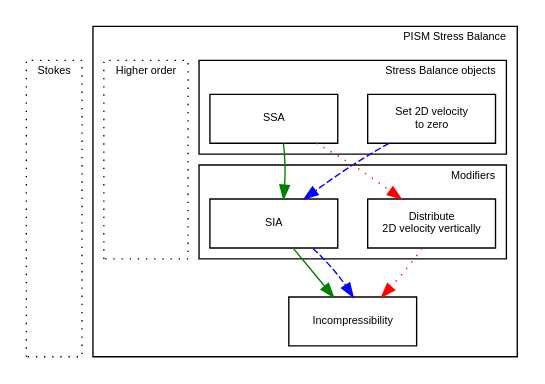
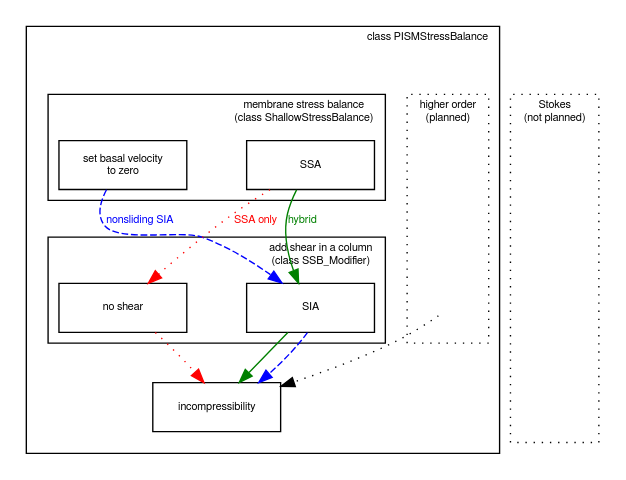
One commit to pism/pism changed the diagram in src/base/stressbalance/figs/stressbalance.dot. Above: the diagram before and after it, drawn with Graphviz. The commit also changed 8 other files, not shown here.

```diff
--- a/src/base/stressbalance/figs/stressbalance.dot
+++ b/src/base/stressbalance/figs/stressbalance.dot
@@ -1,52 +1,67 @@
 digraph velocity
 {
     // Global graph parameters
-    node [fontname=Arial fontsize=8 shape=box width=1.3 fixedsize=true];
-    edge [fontname=Arial fontsize=8];
-    graph [fontname=Arial fontsize=8 ranksep=0.5 nodesep=0.3];
+    node [fontname=FreeSans fontsize=8 shape=box width=1.3 fixedsize=true];
+    edge [fontname=FreeSans fontsize=8];
+    graph [fontname=FreeSans fontsize=8 ranksep=0.5 nodesep=0.3];
 
-subgraph cluster_full_stokes {
-    label="Stokes"
+subgraph cluster_pism {
+    label="class PISMStressBalance"
     labeljust=r
+
+    subgraph cluster_higher_order {
+        label="higher order\n(planned)"
+        style=dotted;
+        node [style=invis width=0.2 label=""];
+        a -> b [style=invis];
+    }
+    subgraph cluster_hybrid {
+      style=invis
+      subgraph cluster_stressbalance {
+          style=solid
+          label="membrane stress balance\n(class ShallowStressBalance)"
+          labeljust=r
+          {rank=same
+              noop1 [label="set basal velocity\nto zero"];
+              ssa [label="SSA"];
+          }
+          ssa -> noop1 [style=invis];
+      }
+      subgraph cluster_mod {
+          style=solid
+          label="add shear in a column\n(class SSB_Modifier)"
+          labeljust=r
+          {rank=same
+              sia [label="SIA"];
+              noop2 [label="no shear"];
+          }
+          sia -> noop2 [style=invis];
+      }
+      inc [label="incompressibility"];
+      noop1 -> noop2 [label="" style=invis weight=10];
+      ssa -> sia [label="" style=invis weight=10];
+      {sia noop2} -> inc [label="" style=invis weight=10];
+    }
+
+    ssa -> sia [style=solid weight=0 color="green" 
+                label="hybrid" fontcolor="green"];
+    sia -> inc [style=solid weight=0 color="green"];
+
+    noop1 -> sia [style=dashed weight=0 color="blue"
+                  label="nonsliding SIA" fontcolor="blue"];
+    sia -> inc [style=dashed weight=0 color="blue"];
+
+    ssa -> noop2 [style=dotted weight=0 color="red"
+                  label="SSA only" fontcolor="red"];
+    noop2 -> inc [style=dotted weight=0 color="red"];
+
+    b -> inc [style=dotted weight=0];
+}
+subgraph cluster_stokes {
+    label="Stokes\n(not planned)"
+    labeljust=c
     style=dotted
     node [style=invis width=0.2 label=""];
-    foo -> bar -> baz [weight=10 style=invis];
+    foo -> bar -> baz [style=invis];
 }
-subgraph cluster_pism {
-    label="PISM Stress Balance"
-    labeljust=r
-
-subgraph cluster_stressbalance {
-    label="Stress Balance objects"
-    labeljust=r
-    {rank=same
-        noop1 [label="Set 2D velocity\nto zero"];
-        ssa [label="SSA"];
-    }
 }
-subgraph cluster_higher_order {
-    label="Higher order"
-    style=dotted;
-    node [style=invis width=0.2 label=""];
-    a -> b [style=invis];
-}
-subgraph cluster_mod {
-    label="Modifiers"
-    labeljust=r
-    {rank=same
-        sia [label="SIA"];
-        noop2 [label="Distribute\n2D velocity vertically"];
-    }
-    sia -> noop2 [style=invis];
-}
-inc [label="Incompressibility"];
-noop1 -> noop2 [label="" style=invis weight=10];
-ssa -> sia [label="" style=invis weight=10];
-{sia noop2} -> inc [label="" style=invis weight=10];
-
-}
-
-ssa -> sia -> inc [style=solid weight=0 color="green"];
-noop1 -> sia -> inc [style=dashed weight=0 color="blue"];
-ssa -> noop2 -> inc [style=dotted weight=0 color="red"];
-}
```
